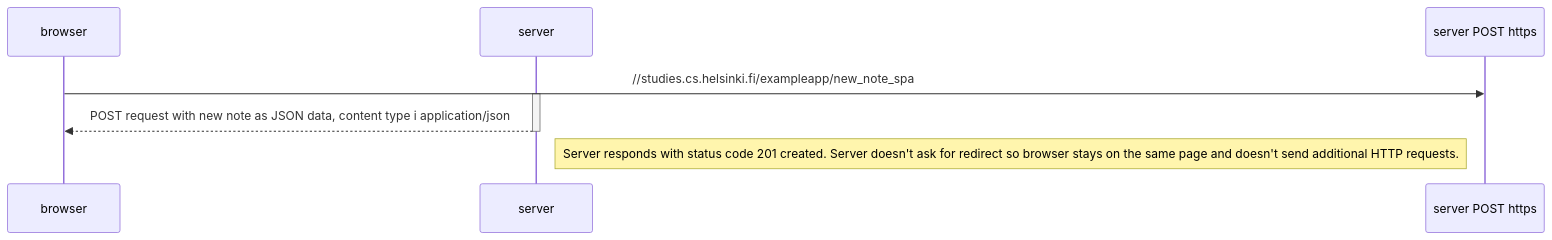
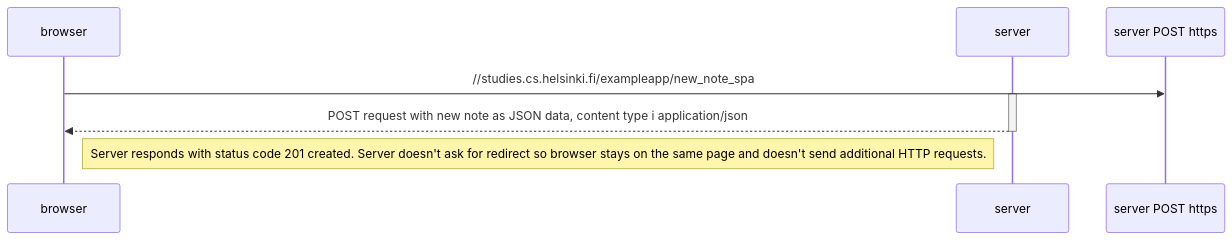
Before and after one commit to dnksebastian/fullstack-open: the diagram in part0/06-newnote.md, drawn with Mermaid.

````diff
--- a/part0/06-newnote.md
+++ b/part0/06-newnote.md
@@ -1,12 +1,12 @@
 ```mermaid
 sequenceDiagram
     participant browser
     participant server
 
     browser->>server POST https://studies.cs.helsinki.fi/exampleapp/new_note_spa
     activate server
     server-->>browser: POST request with new note as JSON data, content type i application/json
     deactivate server
 
-    Note right of server: Server responds with status code 201 created. Server doesn't ask for redirect so browser stays on the same page and doesn't send additional HTTP requests.
+    Note left of server: Server responds with status code 201 created. Server doesn't ask for redirect so browser stays on the same page and doesn't send additional HTTP requests.
 ```
````
